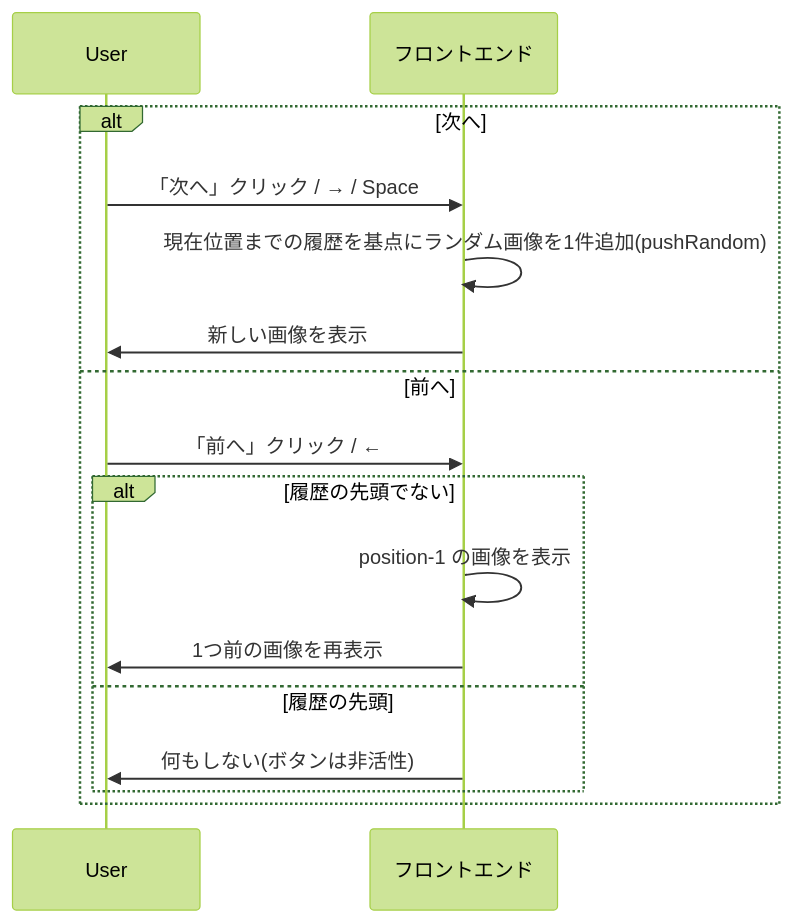
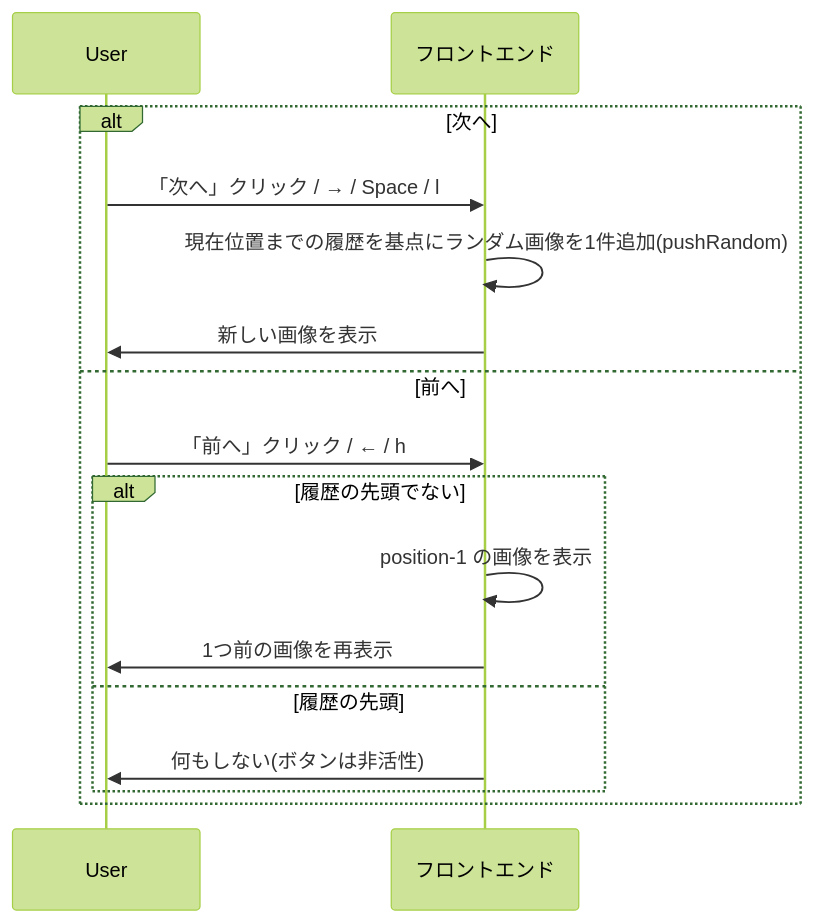
One commit to circleratio/imv changed the third of 4 diagrams in spec.md. Above: the diagram before and after it, drawn with Mermaid (forest theme). The commit also changed other lines of this file and 4 other files, not shown here.

````diff
--- a/spec.md
+++ b/spec.md
@@ -242,19 +245,19 @@
 ```mermaid
 sequenceDiagram
     participant User
     participant Svelte as フロントエンド
 
     alt 次へ
-        User->>Svelte: 「次へ」クリック / → / Space
+        User->>Svelte: 「次へ」クリック / → / Space / l
         Svelte->>Svelte: 現在位置までの履歴を基点にランダム画像を1件追加(pushRandom)
         Svelte->>User: 新しい画像を表示
     else 前へ
-        User->>Svelte: 「前へ」クリック / ←
+        User->>Svelte: 「前へ」クリック / ← / h
         alt 履歴の先頭でない
             Svelte->>Svelte: position-1 の画像を表示
             Svelte->>User: 1つ前の画像を再表示
         else 履歴の先頭
             Svelte->>User: 何もしない(ボタンは非活性)
         end
     end
 ```
````
